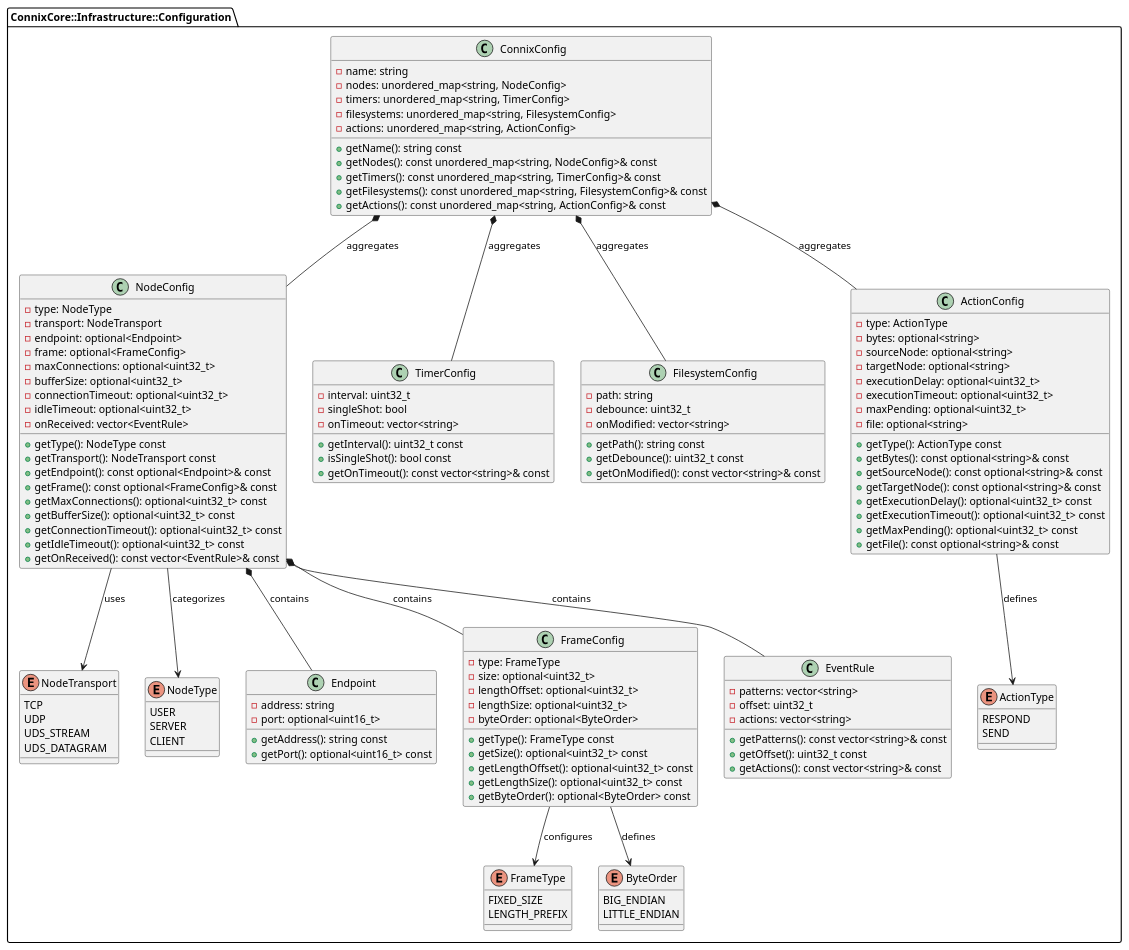
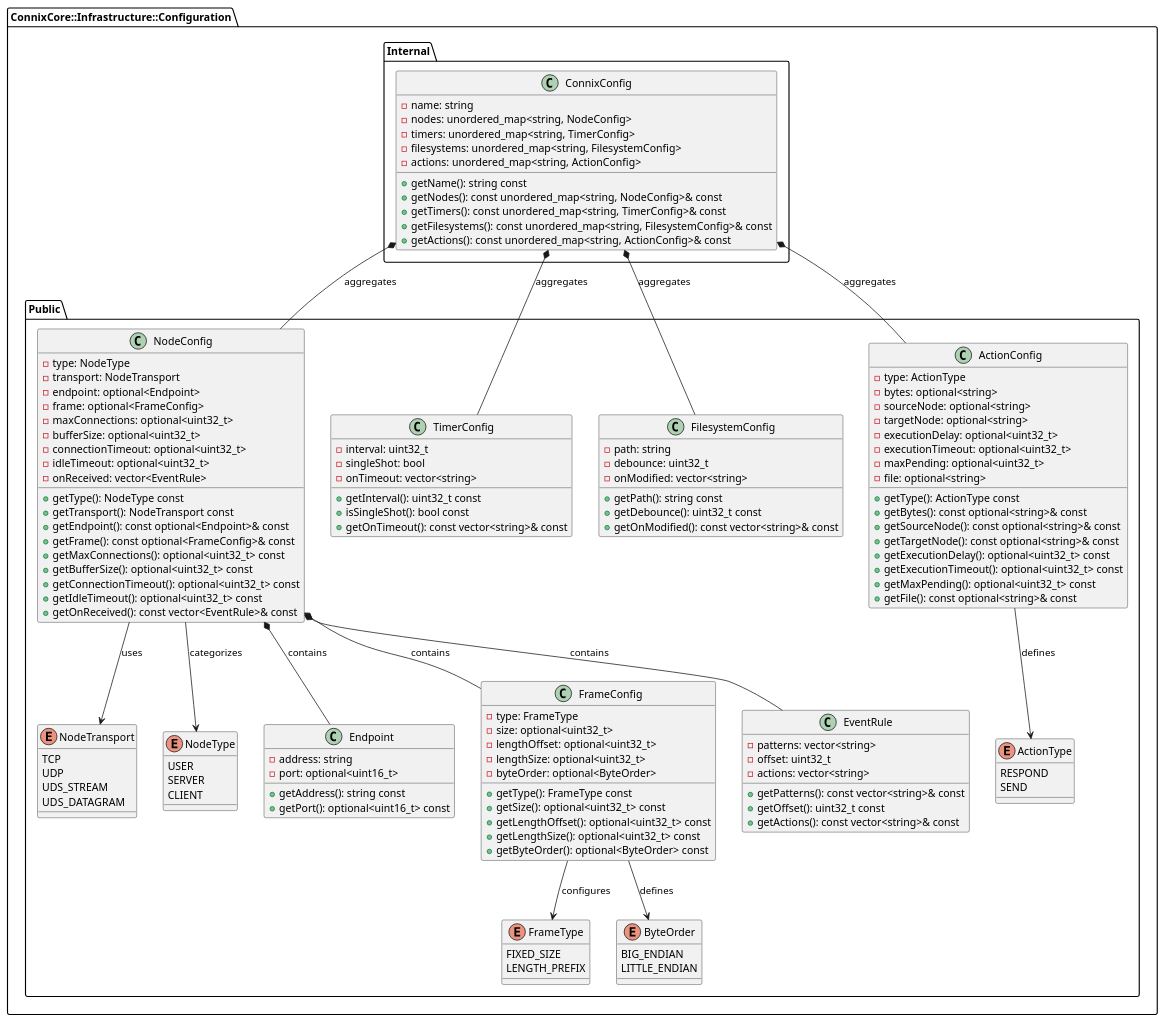
One commit to nghdang/connix changed the diagram in connix/connix-core/infrastructure/configuration/dd/data_structures.puml. Above: the diagram before and after it, drawn with PlantUML. The commit also changed 2 other files, not shown here.

Commit message:
dd: group modules into public and internal regions

```diff
--- a/connix/connix-core/infrastructure/configuration/dd/data_structures.puml
+++ b/connix/connix-core/infrastructure/configuration/dd/data_structures.puml
@@ -1,153 +1,160 @@
 @startuml Configuration Component - Data Structures
 
 namespace ConnixCore::Infrastructure::Configuration {
+
+package "Public" {
 
     enum FrameType {
         FIXED_SIZE
         LENGTH_PREFIX
     }
 
     enum ByteOrder {
         BIG_ENDIAN
         LITTLE_ENDIAN
     }
 
     enum NodeTransport {
         TCP
         UDP
         UDS_STREAM
         UDS_DATAGRAM
     }
 
     enum NodeType {
         USER
         SERVER
         CLIENT
     }
 
     enum ActionType {
         RESPOND
         SEND
     }
 
     class Endpoint {
         - address: string
         - port: optional<uint16_t>
         + getAddress(): string const
         + getPort(): optional<uint16_t> const
     }
 
     class FrameConfig {
         - type: FrameType
         - size: optional<uint32_t>
         - lengthOffset: optional<uint32_t>
         - lengthSize: optional<uint32_t>
         - byteOrder: optional<ByteOrder>
         + getType(): FrameType const
         + getSize(): optional<uint32_t> const
         + getLengthOffset(): optional<uint32_t> const
         + getLengthSize(): optional<uint32_t> const
         + getByteOrder(): optional<ByteOrder> const
     }
 
     class EventRule {
         - patterns: vector<string>
         - offset: uint32_t
         - actions: vector<string>
         + getPatterns(): const vector<string>& const
         + getOffset(): uint32_t const
         + getActions(): const vector<string>& const
     }
 
     class NodeConfig {
         - type: NodeType
         - transport: NodeTransport
         - endpoint: optional<Endpoint>
         - frame: optional<FrameConfig>
         - maxConnections: optional<uint32_t>
         - bufferSize: optional<uint32_t>
         - connectionTimeout: optional<uint32_t>
         - idleTimeout: optional<uint32_t>
         - onReceived: vector<EventRule>
         + getType(): NodeType const
         + getTransport(): NodeTransport const
         + getEndpoint(): const optional<Endpoint>& const
         + getFrame(): const optional<FrameConfig>& const
         + getMaxConnections(): optional<uint32_t> const
         + getBufferSize(): optional<uint32_t> const
         + getConnectionTimeout(): optional<uint32_t> const
         + getIdleTimeout(): optional<uint32_t> const
         + getOnReceived(): const vector<EventRule>& const
     }
 
     class TimerConfig {
         - interval: uint32_t
         - singleShot: bool
         - onTimeout: vector<string>
         + getInterval(): uint32_t const
         + isSingleShot(): bool const
         + getOnTimeout(): const vector<string>& const
     }
 
     class FilesystemConfig {
         - path: string
         - debounce: uint32_t
         - onModified: vector<string>
         + getPath(): string const
         + getDebounce(): uint32_t const
         + getOnModified(): const vector<string>& const
     }
 
     class ActionConfig {
         - type: ActionType
         - bytes: optional<string>
         - sourceNode: optional<string>
         - targetNode: optional<string>
         - executionDelay: optional<uint32_t>
         - executionTimeout: optional<uint32_t>
         - maxPending: optional<uint32_t>
         - file: optional<string>
         + getType(): ActionType const
         + getBytes(): const optional<string>& const
         + getSourceNode(): const optional<string>& const
         + getTargetNode(): const optional<string>& const
         + getExecutionDelay(): optional<uint32_t> const
         + getExecutionTimeout(): optional<uint32_t> const
         + getMaxPending(): optional<uint32_t> const
         + getFile(): const optional<string>& const
     }
+}
+
+package "Internal" {
 
     class ConnixConfig {
         - name: string
         - nodes: unordered_map<string, NodeConfig>
         - timers: unordered_map<string, TimerConfig>
         - filesystems: unordered_map<string, FilesystemConfig>
         - actions: unordered_map<string, ActionConfig>
         + getName(): string const
         + getNodes(): const unordered_map<string, NodeConfig>& const
         + getTimers(): const unordered_map<string, TimerConfig>& const
         + getFilesystems(): const unordered_map<string, FilesystemConfig>& const
         + getActions(): const unordered_map<string, ActionConfig>& const
     }
+
+}
 
     ' Relationships
     ConnixConfig *-- NodeConfig : aggregates
     ConnixConfig *-- TimerConfig : aggregates
     ConnixConfig *-- FilesystemConfig : aggregates
     ConnixConfig *-- ActionConfig : aggregates
 
     NodeConfig *-- Endpoint : contains
     NodeConfig *-- FrameConfig : contains
     NodeConfig *-- EventRule : contains
 
     FrameConfig --> FrameType : configures
     FrameConfig --> ByteOrder : defines
 
     NodeConfig --> NodeType : categorizes
     NodeConfig --> NodeTransport : uses
 
     ActionConfig --> ActionType : defines
 
 }
 
 @enduml
```
